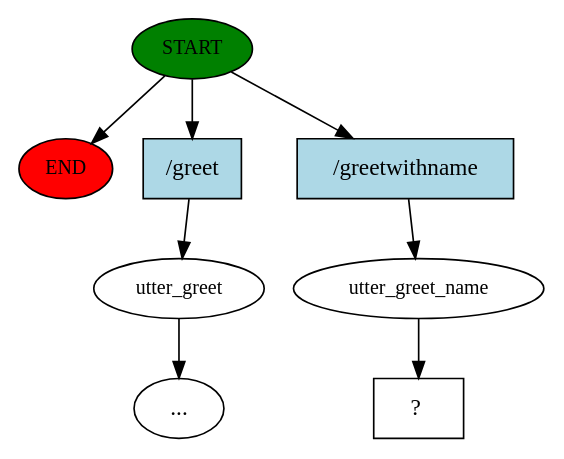
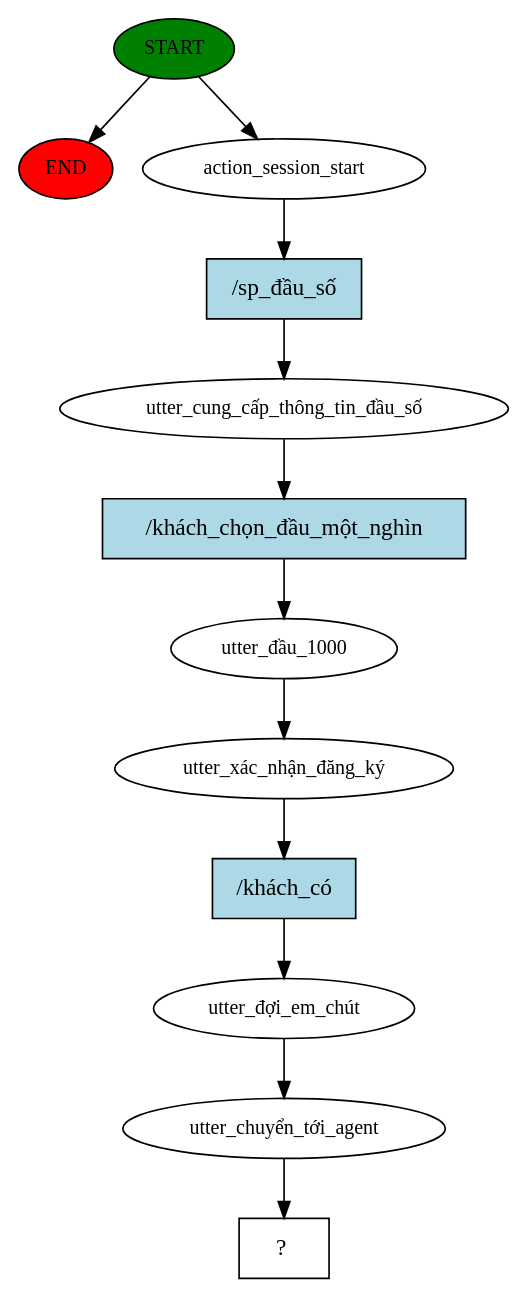
Before and after one commit to huyhuy8122001/Rasa-Production: the diagram in story_graph.dot, drawn with Graphviz. The commit also changed 312 other files, not shown here.

```diff
--- a/story_graph.dot
+++ b/story_graph.dot
@@ -1,17 +1,25 @@
 digraph  {
 0 [class="start active", fillcolor=green, fontsize=12, label=START, style=filled];
 "-1" [class=end, fillcolor=red, fontsize=12, label=END, style=filled];
-1 [class="", fontsize=12, label=utter_greet];
-"-5" [class=ellipsis, label="..."];
-4 [class=active, fontsize=12, label=utter_greet_name];
-5 [class="intent dashed active", label="  ?  ", shape=rect];
-6 [class=intent, fillcolor=lightblue, label="/greet", shape=rect, style=filled];
-7 [class="intent active", fillcolor=lightblue, label="/greetwithname", shape=rect, style=filled];
+1 [class=active, fontsize=12, label=action_session_start];
+2 [class=active, fontsize=12, label="utter_cung_cấp_thông_tin_đầu_số"];
+3 [class=active, fontsize=12, label="utter_đầu_1000"];
+4 [class=active, fontsize=12, label="utter_xác_nhận_đăng_ký"];
+5 [class=active, fontsize=12, label="utter_đợi_em_chút"];
+6 [class=active, fontsize=12, label="utter_chuyển_tới_agent"];
+7 [class="intent dashed active", label="  ?  ", shape=rect];
+8 [class="intent active", fillcolor=lightblue, label="/sp_đầu_số", shape=rect, style=filled];
+9 [class="intent active", fillcolor=lightblue, label="/khách_chọn_đầu_một_nghìn", shape=rect, style=filled];
+10 [class="intent active", fillcolor=lightblue, label="/khách_có", shape=rect, style=filled];
 0 -> "-1"  [class="", key=NONE, label=""];
-0 -> 6  [class="", key=0];
-0 -> 7  [class=active, key=0];
-1 -> "-5"  [class="", key=NONE, label=""];
-4 -> 5  [class=active, key=NONE, label=""];
-6 -> 1  [class="", key=0];
-7 -> 4  [class=active, key=0];
+0 -> 1  [class=active, key=NONE, label=""];
+1 -> 8  [class=active, key=0];
+2 -> 9  [class=active, key=0];
+3 -> 4  [class=active, key=NONE, label=""];
+4 -> 10  [class=active, key=0];
+5 -> 6  [class=active, key=NONE, label=""];
+6 -> 7  [class=active, key=NONE, label=""];
+8 -> 2  [class=active, key=0];
+9 -> 3  [class=active, key=0];
+10 -> 5  [class=active, key=0];
 }
```
